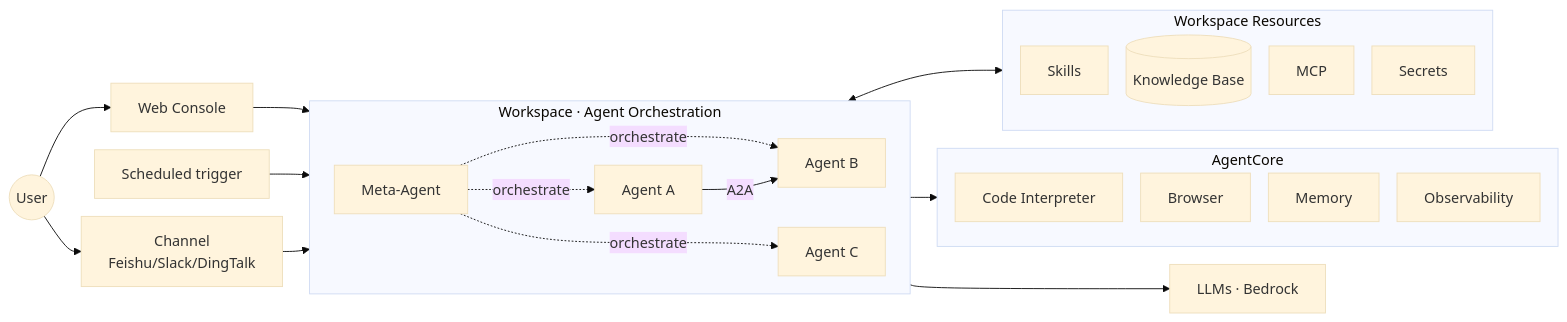
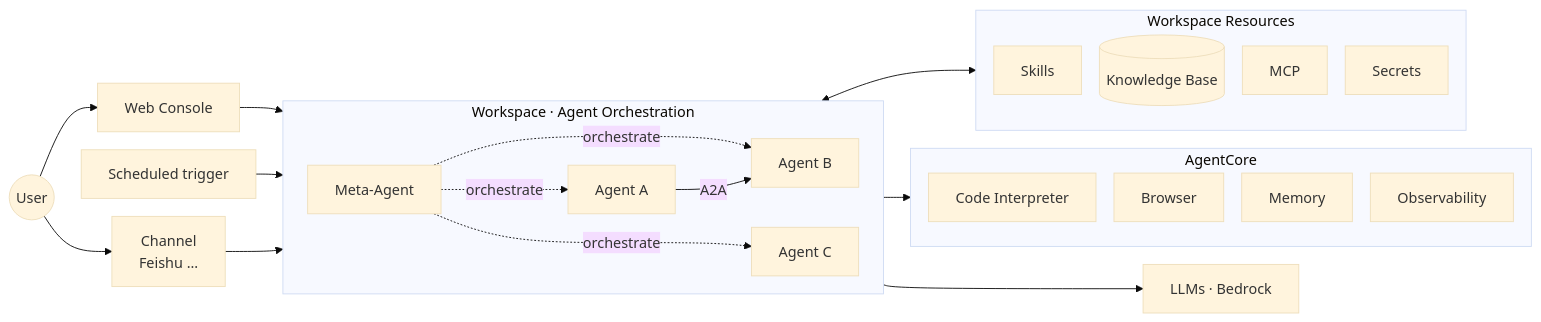
The second of 2 diagrams in README.md (ddpie/agent-studio), drawn with Mermaid (base theme) before and after one commit. The commit also changed other lines of this file, not shown here.

Commit message:
docs: show only shipped channel (Feishu) in architecture diagrams

````diff
--- a/README.md
+++ b/README.md
@@ -244,37 +244,37 @@
 ```mermaid
 %%{init: {'flowchart': {'nodeSpacing': 20, 'rankSpacing': 30}} }%%
 flowchart LR
     User((User)) --> Web[Web Console]
-    User --> Ch[Channel<br/>Feishu/Slack/DingTalk]
+    User --> Ch[Channel<br/>Feishu ...]
     Web & Cron[Scheduled trigger] & Ch --> WS
 
     subgraph WS["Workspace · Agent Orchestration"]
         direction LR
         Meta[Meta-Agent] -.orchestrate.-> A1 & A2 & A3
         A1[Agent A] -->|A2A| A2[Agent B]
         A3[Agent C]
         A1 ~~~ A3
     end
 
     subgraph Res["Workspace Resources"]
         direction TB
         S[Skills]
         K[(Knowledge Base)]
         M[MCP]
         Se[Secrets]
     end
 
     subgraph AC[AgentCore]
         direction TB
         CI[Code Interpreter]
         B[Browser]
         Me[Memory]
         O[Observability]
     end
 
     LLM[LLMs · Bedrock]
 
     WS <--> Res
     WS --> AC
     WS --> LLM
 ```
````
